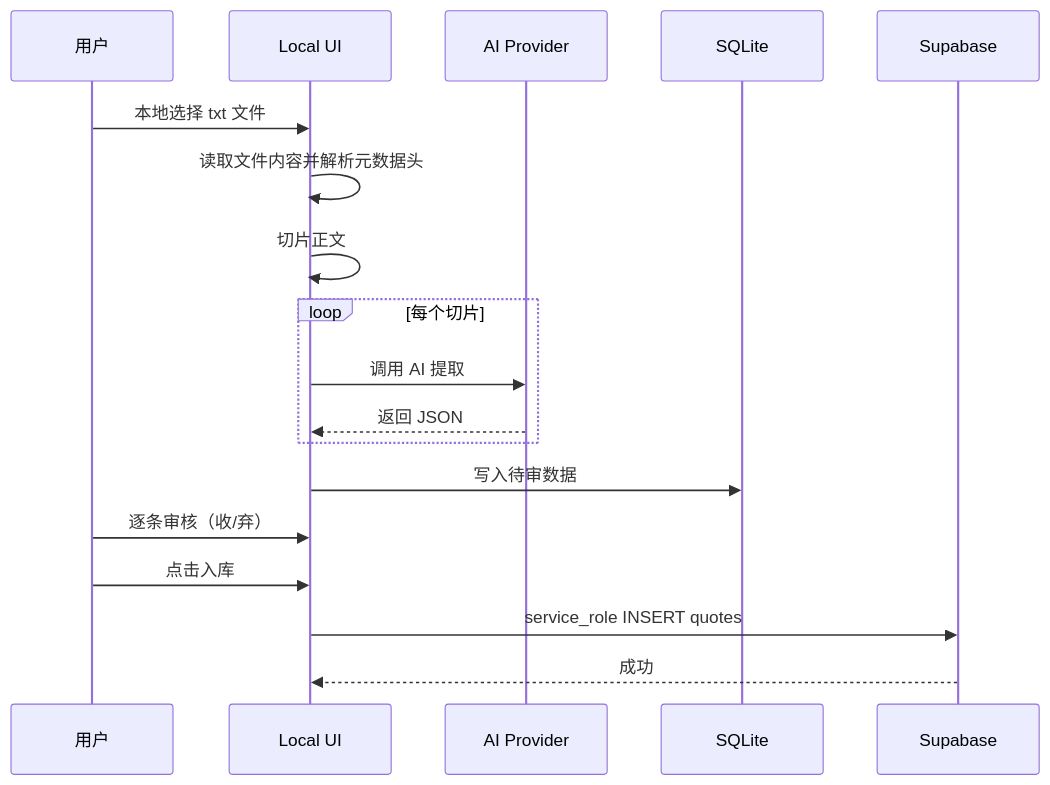
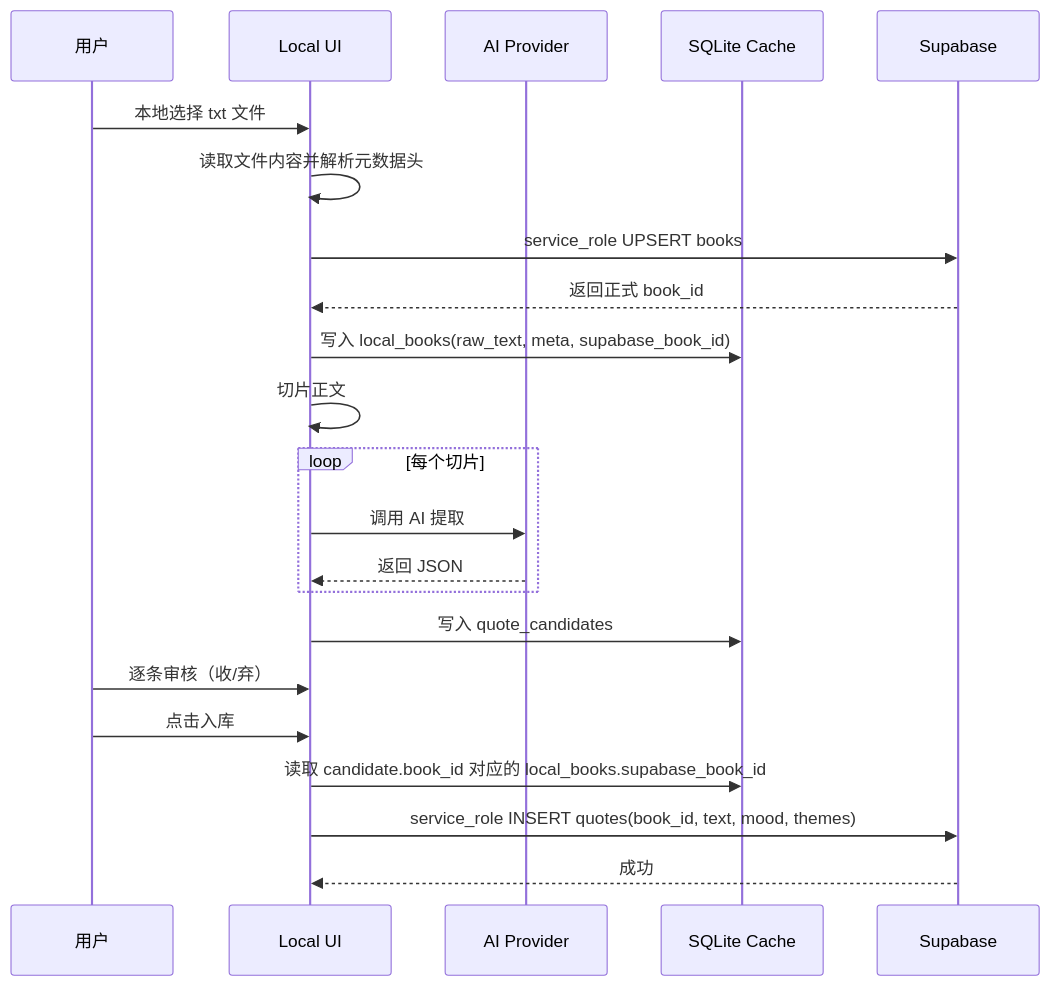
One commit to EvilIrving/daily-oracle changed the first of 3 diagrams in docs/architecture.md. Above: the diagram before and after it, drawn with Mermaid. The commit also changed other lines of this file and 23 other files, not shown here.

````diff
--- a/docs/architecture.md
+++ b/docs/architecture.md
@@ -541,21 +573,25 @@
 ```mermaid
 sequenceDiagram
     participant User as 用户
     participant UI as Local UI
     participant AI as AI Provider
-    participant SQLite as SQLite
+    participant SQLite as SQLite Cache
     participant Supabase as Supabase
 
     User->>UI: 本地选择 txt 文件
     UI->>UI: 读取文件内容并解析元数据头
+    UI->>Supabase: service_role UPSERT books
+    Supabase-->>UI: 返回正式 book_id
+    UI->>SQLite: 写入 local_books(raw_text, meta, supabase_book_id)
     UI->>UI: 切片正文
     loop 每个切片
         UI->>AI: 调用 AI 提取
         AI-->>UI: 返回 JSON
     end
-    UI->>SQLite: 写入待审数据
+    UI->>SQLite: 写入 quote_candidates
     User->>UI: 逐条审核（收/弃）
     User->>UI: 点击入库
-    UI->>Supabase: service_role INSERT quotes
+    UI->>SQLite: 读取 candidate.book_id 对应的 local_books.supabase_book_id
+    UI->>Supabase: service_role INSERT quotes(book_id, text, mood, themes)
     Supabase-->>UI: 成功
 ```
````
